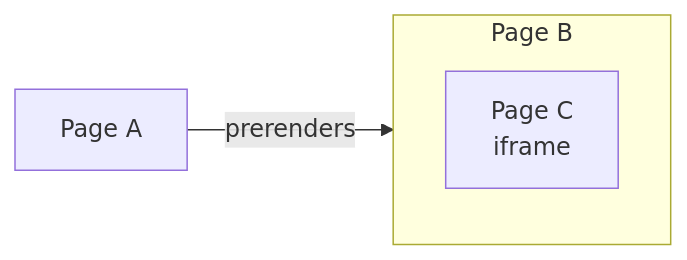
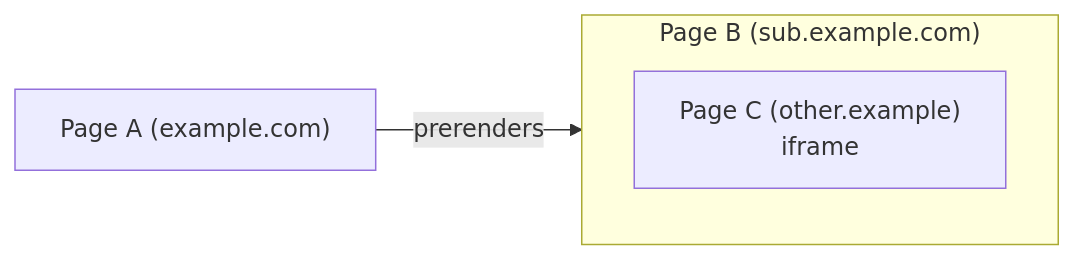
Before and after one commit to WICG/nav-speculation: the diagram in prerendering-cross-origin-iframes.md, drawn with Mermaid. The commit also changed other lines of this file, not shown here.

Commit message:
Add origins to the diagram

````diff
--- a/prerendering-cross-origin-iframes.md
+++ b/prerendering-cross-origin-iframes.md
@@ -23,8 +23,8 @@
 ```mermaid
 graph LR
-    A[Page A] -->|prerenders| B[Page B]
+    A["Page A (example.com)"] -->|prerenders| B["Page B (sub.example.com)"]
 
-    subgraph B [Page B]
-        C[Page C<br/>iframe]
+    subgraph B ["Page B (sub.example.com)"]
+        C["Page C (other.example)<br>iframe"]
     end
 ```
````
